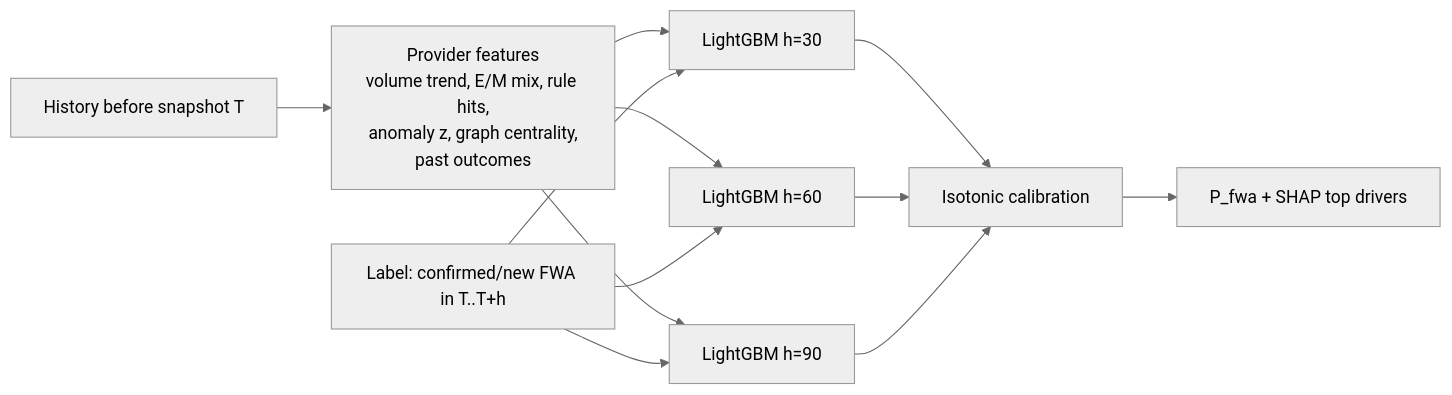
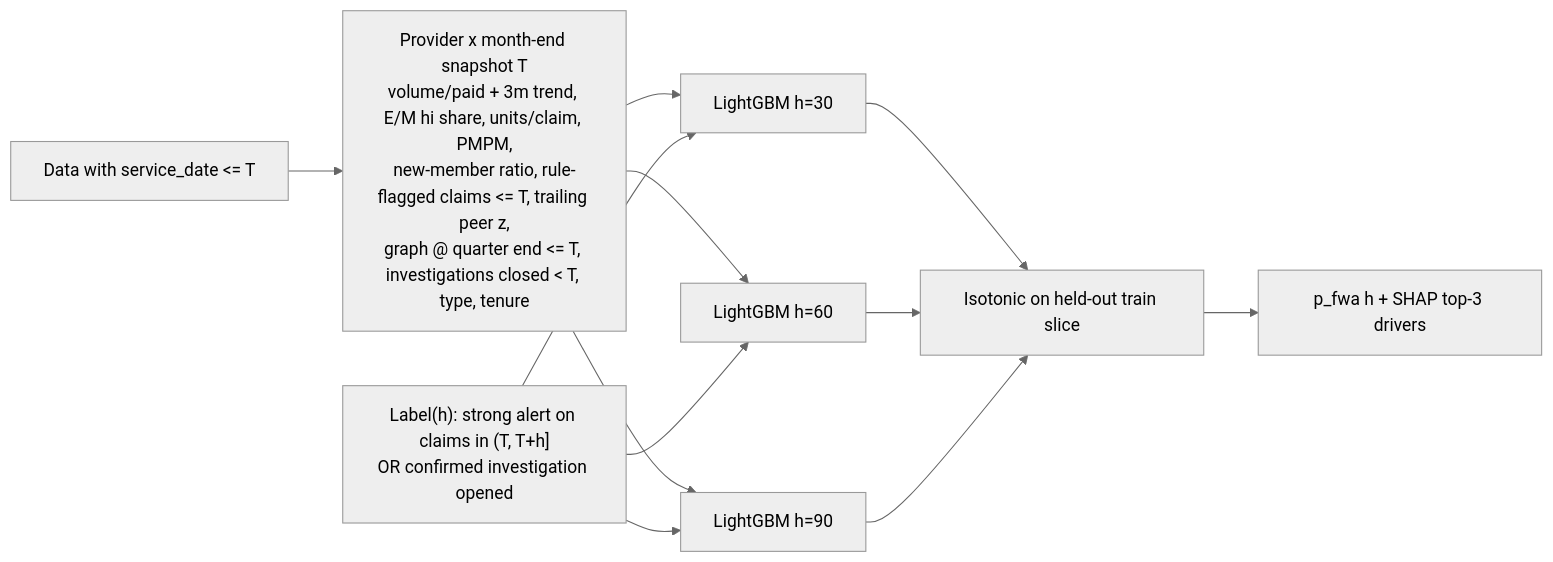
The fourth of 6 diagrams in ARCHITECTURE.md (Aryan27-max/ClaimShield-Nexus), drawn with Mermaid (neutral theme) before and after one commit. The commit also changed other lines of this file and 15 other files, not shown here.

````diff
--- a/ARCHITECTURE.md
+++ b/ARCHITECTURE.md
@@ -83,7 +83,7 @@
 ```mermaid
 flowchart LR
-  H[History before snapshot T] --> FE[Provider features<br/>volume trend, E/M mix, rule hits,<br/>anomaly z, graph centrality,<br/>past outcomes]
+  H[Data with service_date <= T] --> FE[Provider x month-end snapshot T<br/>volume/paid + 3m trend, E/M hi share, units/claim, PMPM,<br/>new-member ratio, rule-flagged claims <= T, trailing peer z,<br/>graph @ quarter end <= T, investigations closed < T, type, tenure]
   FE --> M30[LightGBM h=30] & M60[LightGBM h=60] & M90[LightGBM h=90]
-  LBL[Label: confirmed/new FWA in T..T+h] --> M30 & M60 & M90
-  M30 & M60 & M90 --> CAL[Isotonic calibration] --> S[P_fwa + SHAP top drivers]
+  LBL["Label(h): strong alert on claims in (T, T+h]<br/>OR confirmed investigation opened"] --> M30 & M60 & M90
+  M30 & M60 & M90 --> CAL[Isotonic on held-out train slice] --> S[p_fwa h + SHAP top-3 drivers]
 ```
````
